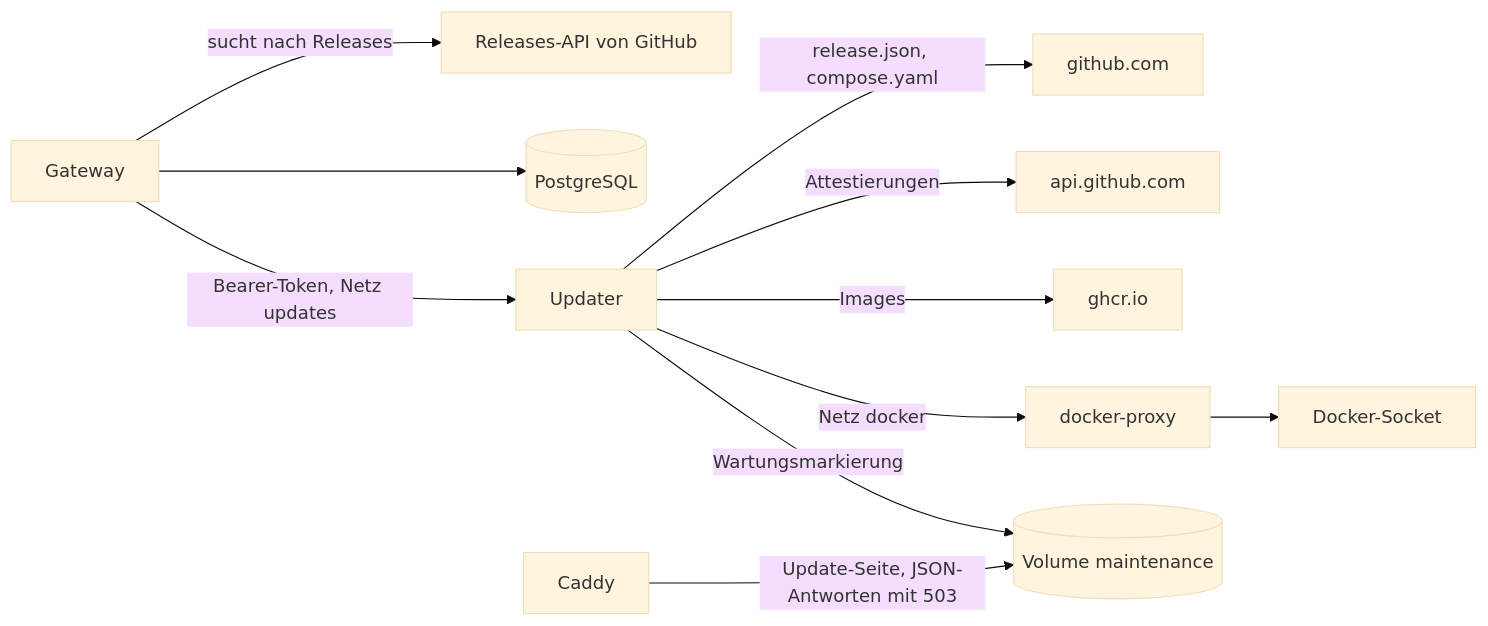
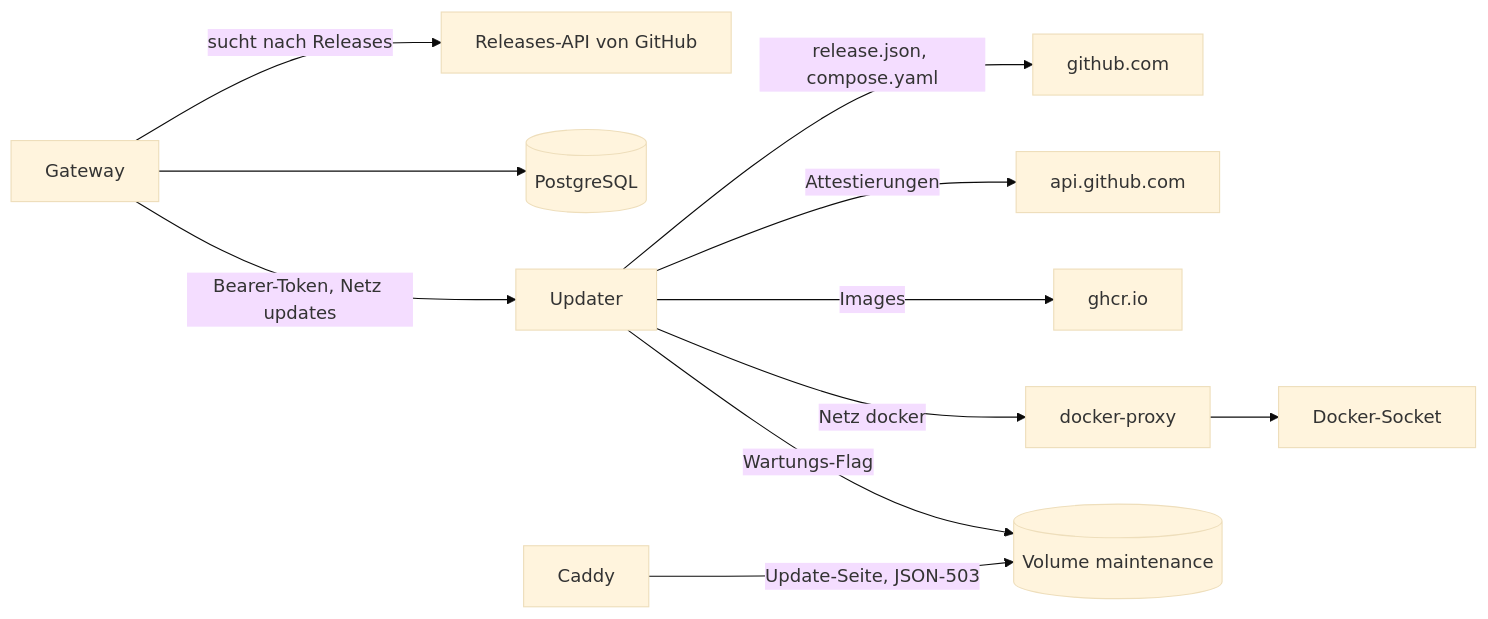
The diagram in apps/docs/content/de/development/architecture/updates.md (logicplanes/kaeso), drawn with Mermaid (base theme) before and after one commit. The commit also changed other lines of this file and 24 other files, not shown here.

````diff
--- a/apps/docs/content/de/development/architecture/updates.md
+++ b/apps/docs/content/de/development/architecture/updates.md
@@ -7,15 +9,15 @@
 ```mermaid
 flowchart LR
-  accTitle: Wie eine Installation von Releases erfährt und aktualisiert
-  accDescr: Das Gateway fragt die Releases-API von GitHub, hält seinen Stand in PostgreSQL und bittet den Updater über das interne Netz updates mit einem Bearer-Token. Der Updater lädt release.json und compose.yaml von github.com, Attestierungen von api.github.com und Images von ghcr.io, erreicht Docker nur über docker-proxy im internen Netz docker und schreibt die Wartungsmarkierung, nach der Caddy die Update-Seite und die JSON-Antworten mit 503 ausliefert.
+  accTitle: Wie eine Installation von Releases erfährt und sich aktualisiert
+  accDescr: Das Gateway fragt die Releases-API von GitHub ab, hält seinen Zustand in PostgreSQL und ruft den Updater über das interne Netz updates mit einem Bearer-Token auf. Der Updater holt release.json und compose.yaml von github.com, Attestierungen von api.github.com und Images von ghcr.io, erreicht Docker nur über docker-proxy im internen Netz docker und schreibt das Wartungs-Flag, das Caddy liest, um die Update-Seite und die JSON-503 auszuliefern.
   gateway[Gateway] -- sucht nach Releases --> releases[Releases-API von GitHub]
   gateway --> postgres[(PostgreSQL)]
   gateway -- Bearer-Token, Netz updates --> updater[Updater]
   updater -- release.json, compose.yaml --> github[github.com]
   updater -- Attestierungen --> api[api.github.com]
   updater -- Images --> ghcr[ghcr.io]
   updater -- Netz docker --> proxy[docker-proxy]
   proxy --> socket[Docker-Socket]
-  updater -- Wartungsmarkierung --> maintenance[(Volume maintenance)]
-  caddy[Caddy] -- Update-Seite, JSON-Antworten mit 503 --> maintenance
+  updater -- Wartungs-Flag --> maintenance[(Volume maintenance)]
+  caddy[Caddy] -- Update-Seite, JSON-503 --> maintenance
 ```
````
